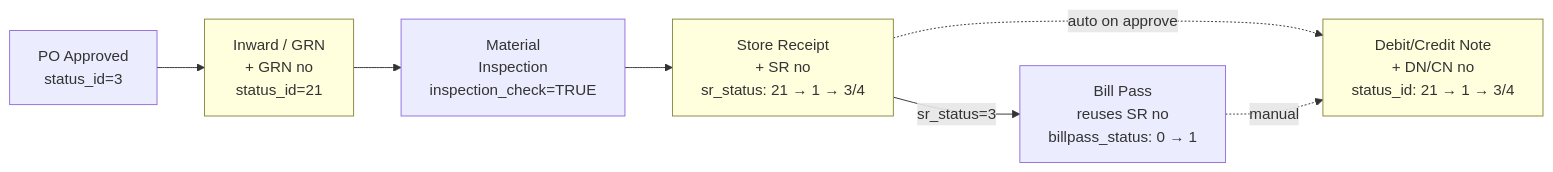
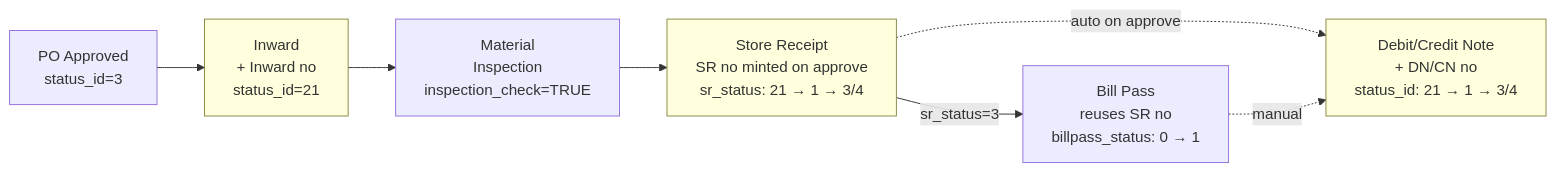
The first of 6 diagrams in docs/procurement-inward-to-bill-pass-approval-flows.md (tarunsadhukhan/sjmvowerp3be), drawn with Mermaid before and after one commit. The commit also changed other lines of this file and 195 other files, not shown here.

````diff
--- a/docs/procurement-inward-to-bill-pass-approval-flows.md
+++ b/docs/procurement-inward-to-bill-pass-approval-flows.md
@@ -15,12 +15,12 @@
 ```mermaid
 flowchart LR
-    PO[PO Approved<br/>status_id=3] --> INW[Inward / GRN<br/>+ GRN no<br/>status_id=21]
+    PO[PO Approved<br/>status_id=3] --> INW[Inward<br/>+ Inward no<br/>status_id=21]
     INW --> INS[Material<br/>Inspection<br/>inspection_check=TRUE]
-    INS --> SR[Store Receipt<br/>+ SR no<br/>sr_status: 21 → 1 → 3/4]
+    INS --> SR[Store Receipt<br/>SR no minted on approve<br/>sr_status: 21 → 1 → 3/4]
     SR -->|sr_status=3| BP[Bill Pass<br/>reuses SR no<br/>billpass_status: 0 → 1]
     SR -.auto on approve.-> DRCR[Debit/Credit Note<br/>+ DN/CN no<br/>status_id: 21 → 1 → 3/4]
     BP -.manual.-> DRCR
 
     classDef generates fill:#ffd,stroke:#884
     class INW,SR,DRCR generates
 ```
````
